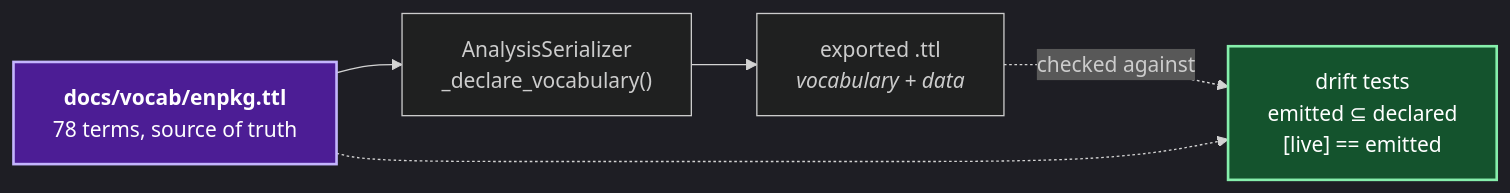
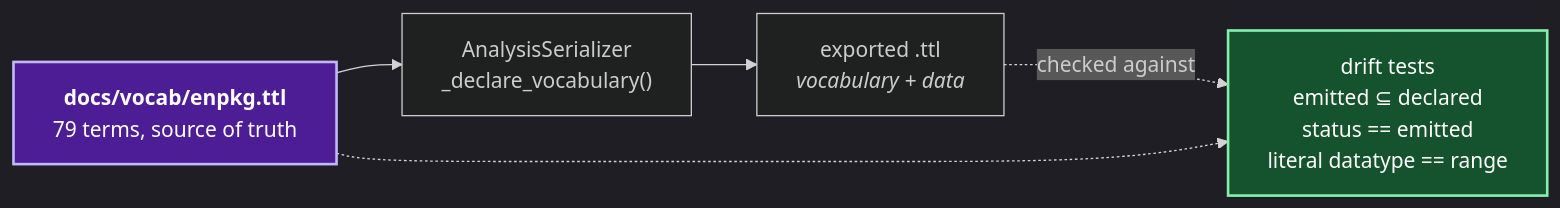
The second of 2 diagrams in docs/VOCABULARY.md (llegregam/enpkg_full), drawn with Mermaid before and after one commit. The commit also changed other lines of this file and 30 other files, not shown here.

First line of the commit message:
feat(rdf): make the enpkg vocabulary publishable and emit its remaining terms

````diff
--- a/docs/VOCABULARY.md
+++ b/docs/VOCABULARY.md
@@ -221,13 +243,13 @@
 ```mermaid
 %%{init: {'theme':'dark'}}%%
 flowchart LR
-    T["<b>docs/vocab/enpkg.ttl</b><br/>78 terms, source of truth"]:::vocab
+    T["<b>docs/vocab/enpkg.ttl</b><br/>79 terms, source of truth"]:::vocab
     S["AnalysisSerializer<br/>_declare_vocabulary()"]
     O["exported .ttl<br/><i>vocabulary + data</i>"]
-    D["drift tests<br/>emitted ⊆ declared<br/>[live] == emitted"]:::test
+    D["drift tests<br/>emitted ⊆ declared<br/>status == emitted<br/>literal datatype == range"]:::test
     T --> S --> O
     O -.->|"checked against"| D
     T -.-> D
     classDef vocab fill:#4c1d95,stroke:#c4b5fd,color:#ffffff,stroke-width:2px;
     classDef test fill:#14532d,stroke:#86efac,color:#ffffff,stroke-width:2px;
 ```
````
